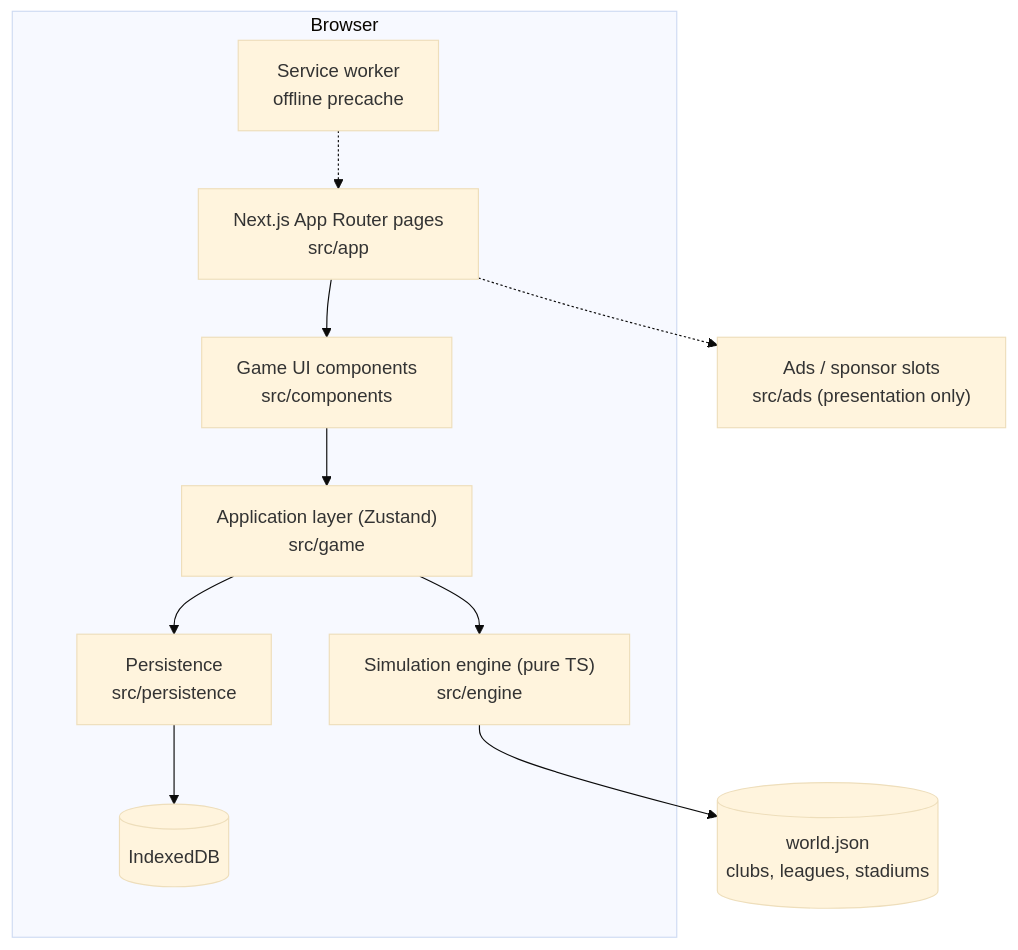
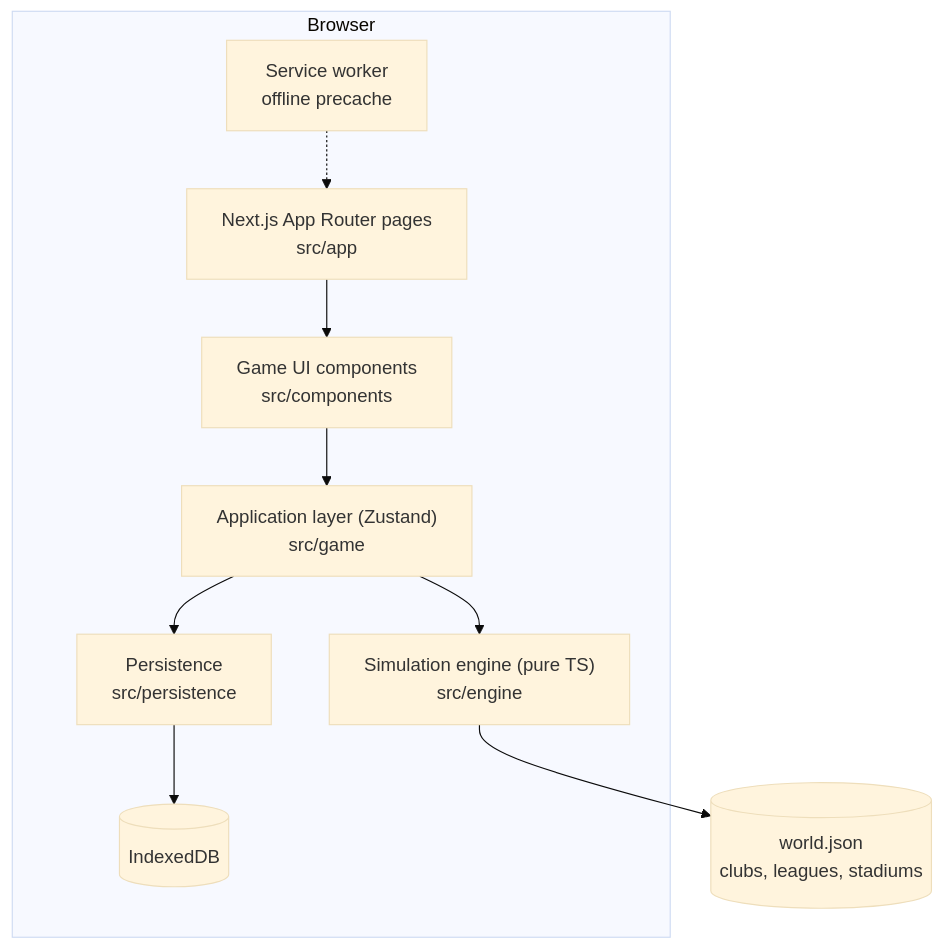
One commit to yuvrajsatyapal/PitchBorn changed the first of 3 diagrams in README.md. Above: the diagram before and after it, drawn with Mermaid (base theme). The commit also changed other lines of this file and 36 other files, not shown here.

````diff
--- a/README.md
+++ b/README.md
@@ -396,20 +396,18 @@
 ```mermaid
 flowchart TB
     subgraph Browser
         Pages["Next.js App Router pages<br/>src/app"]
         UI["Game UI components<br/>src/components"]
         Store["Application layer (Zustand)<br/>src/game"]
         Engine["Simulation engine (pure TS)<br/>src/engine"]
         Persist["Persistence<br/>src/persistence"]
         IDB[("IndexedDB")]
         SW["Service worker<br/>offline precache"]
     end
-    Ads["Ads / sponsor slots<br/>src/ads (presentation only)"]
     World[("world.json<br/>clubs, leagues, stadiums")]
 
     Pages --> UI --> Store --> Engine
     Store --> Persist --> IDB
     Engine --> World
-    Pages -.-> Ads
     SW -.-> Pages
 ```
````
